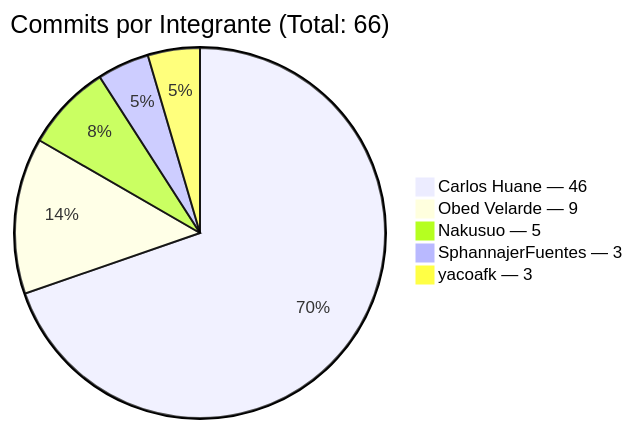
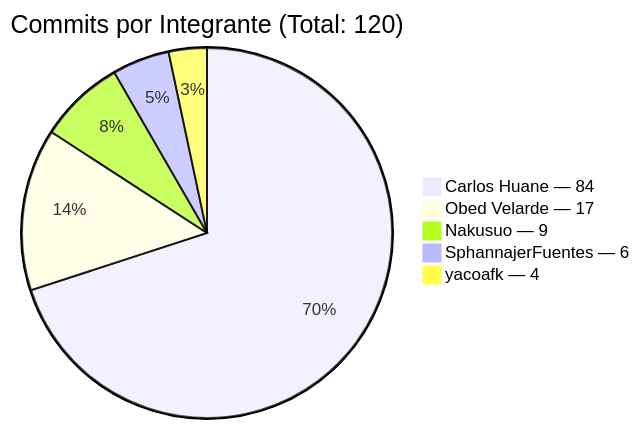
The first of 4 diagrams in README.md (Carlos-Huane/SplitSnap-FrontEnd), drawn with Mermaid before and after one commit. The commit also changed other lines of this file, not shown here.

````diff
--- a/README.md
+++ b/README.md
@@ -67,8 +80,8 @@
 ```mermaid
-pie title Commits por Integrante (Total: 66)
-    "Carlos Huane — 46" : 46
-    "Obed Velarde — 9" : 9
-    "Nakusuo — 5" : 5
-    "SphannajerFuentes — 3" : 3
-    "yacoafk — 3" : 3
+pie title Commits por Integrante (Total: 120)
+    "Carlos Huane — 84" : 84
+    "Obed Velarde — 17" : 17
+    "Nakusuo — 9" : 9
+    "SphannajerFuentes — 6" : 6
+    "yacoafk — 4" : 4
 ```
````
